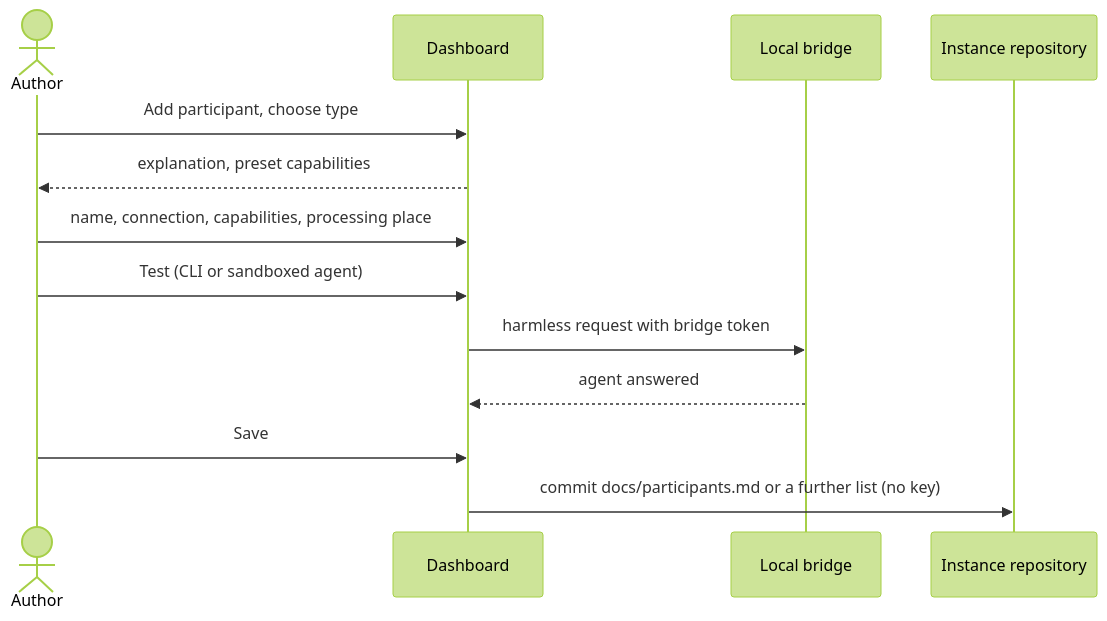
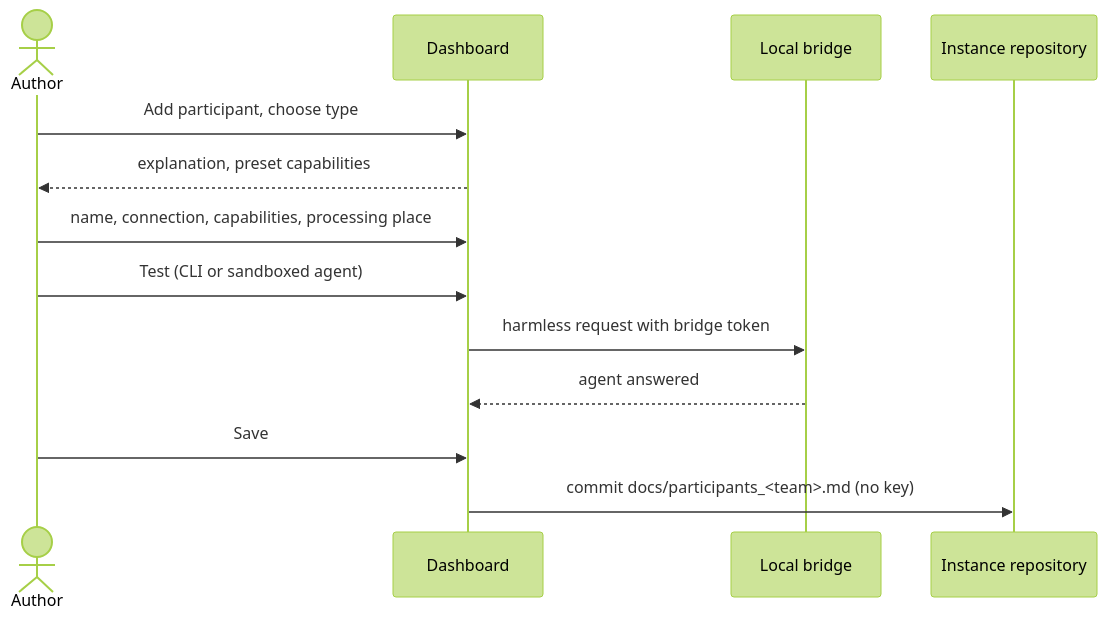
One commit to akmaier/agent-m changed the diagram in docs/use-cases/UC-017-configure-participants.md. Above: the diagram before and after it, drawn with Mermaid (forest theme). The commit also changed other lines of this file and 6 other files, not shown here.

First line of the commit message:
docs: queue 2026-10-10 — one convention for every team: docs/participants_<team>.md and docs/process_<team>.md

````diff
--- a/docs/use-cases/UC-017-configure-participants.md
+++ b/docs/use-cases/UC-017-configure-participants.md
@@ -90,15 +90,15 @@
 ```mermaid
 sequenceDiagram
     actor A as Author
     participant D as Dashboard
     participant B as Local bridge
     participant I as Instance repository
     A->>D: Add participant, choose type
     D-->>A: explanation, preset capabilities
     A->>D: name, connection, capabilities, processing place
     A->>D: Test (CLI or sandboxed agent)
     D->>B: harmless request with bridge token
     B-->>D: agent answered
     A->>D: Save
-    D->>I: commit docs/participants.md or a further list (no key)
+    D->>I: commit docs/participants_<team>.md (no key)
 ```
````
